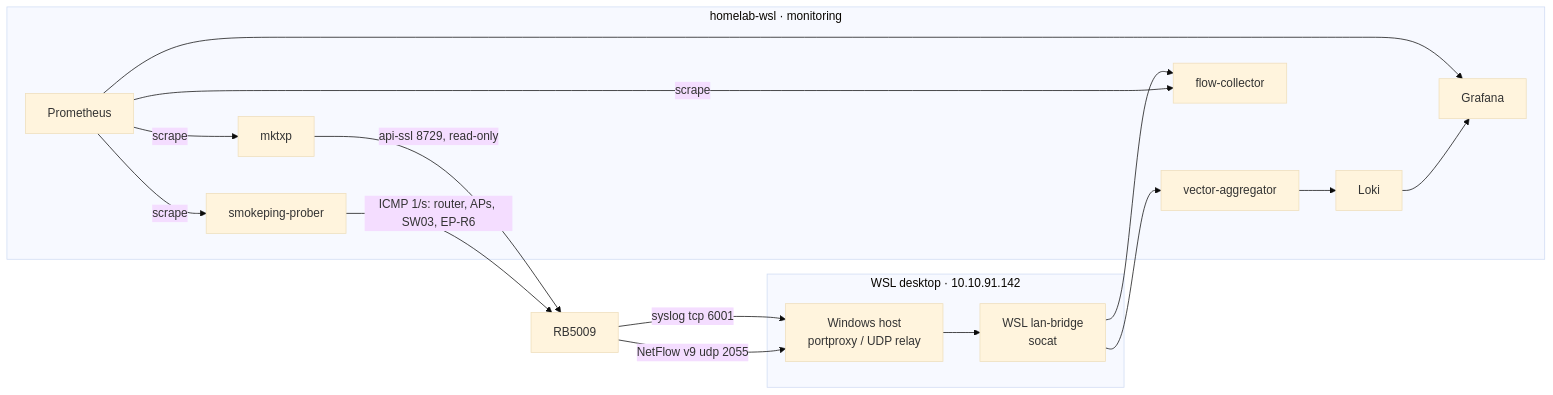
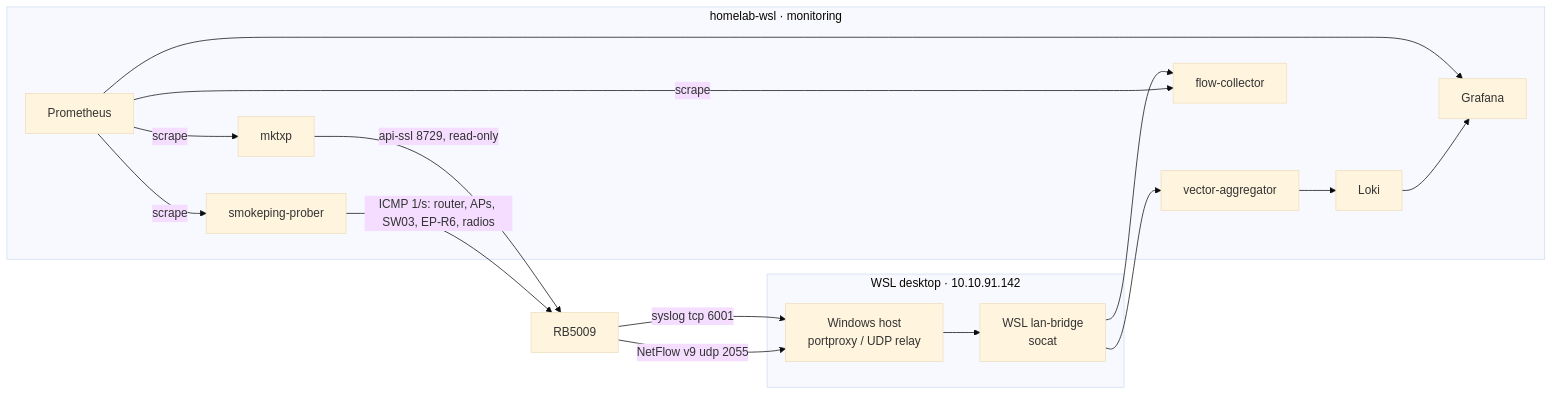
The second of 2 diagrams in docs/network/architecture.md (iT3E/tnwks-ops), drawn with Mermaid (base theme) before and after one commit. The commit also changed other lines of this file and 12 other files, not shown here.

````diff
--- a/docs/network/architecture.md
+++ b/docs/network/architecture.md
@@ -100,33 +100,33 @@
 ```mermaid
 flowchart LR
     rtr["RB5009"]
 
     subgraph host["WSL desktop · 10.10.91.142"]
         win["Windows host<br/>portproxy / UDP relay"]
         bridge["WSL lan-bridge<br/>socat"]
     end
 
     subgraph k8s["homelab-wsl · monitoring"]
         mktxp["mktxp"]
         smoke["smokeping-prober"]
         vector["vector-aggregator"]
         flow["flow-collector"]
         prom["Prometheus"]
         loki["Loki"]
         graf["Grafana"]
     end
 
     mktxp -->|"api-ssl 8729, read-only"| rtr
-    smoke -->|"ICMP 1/s: router, APs, SW03, EP-R6"| rtr
+    smoke -->|"ICMP 1/s: router, APs, SW03, EP-R6, radios"| rtr
     rtr -->|"syslog tcp 6001"| win
     rtr -->|"NetFlow v9 udp 2055"| win
     win --> bridge
     bridge --> vector
     bridge --> flow
     vector --> loki
     prom -->|"scrape"| mktxp
     prom -->|"scrape"| flow
     prom -->|"scrape"| smoke
     prom --> graf
     loki --> graf
 ```
````
